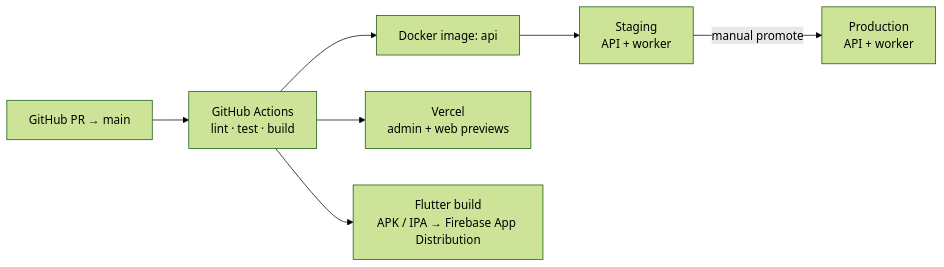
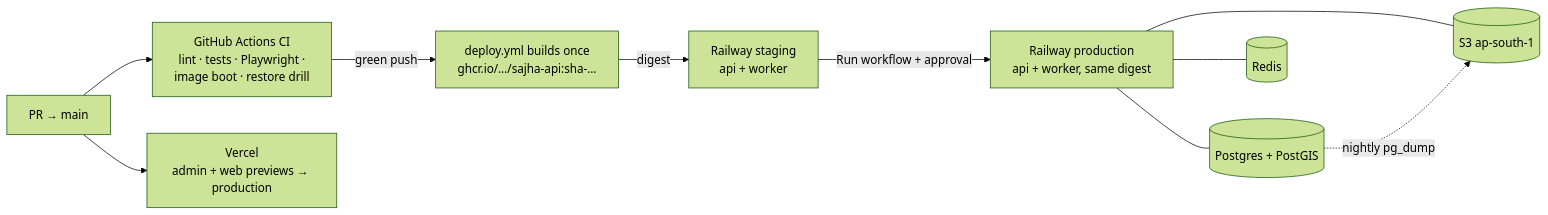
The seventh of 7 diagrams in docs/ARCHITECTURE.md (Jitesh60/nivra), drawn with Mermaid (forest theme) before and after one commit. The commit also changed other lines of this file and 35 other files, not shown here.

````diff
--- a/docs/ARCHITECTURE.md
+++ b/docs/ARCHITECTURE.md
@@ -717,9 +720,12 @@
 ```mermaid
 flowchart LR
-  GH[GitHub PR → main] --> CI[GitHub Actions<br/>lint · test · build]
-  CI --> IMG[Docker image: api]
-  IMG --> STG[Staging<br/>API + worker]
-  STG -->|manual promote| PRD[Production<br/>API + worker]
-  CI --> VC[Vercel<br/>admin + web previews]
-  CI --> FL[Flutter build<br/>APK / IPA → Firebase App Distribution]
+  PR[PR → main] --> CI[GitHub Actions CI<br/>lint · tests · Playwright ·<br/>image boot · restore drill]
+  CI -->|green push| IMG[deploy.yml builds once<br/>ghcr.io/…/sajha-api:sha-…]
+  IMG -->|digest| STG[Railway staging<br/>api + worker]
+  STG -->|Run workflow + approval| PRD[Railway production<br/>api + worker, same digest]
+  PRD --- PG[(Postgres + PostGIS)]
+  PRD --- RD[(Redis)]
+  PRD --- S3[(S3 ap-south-1)]
+  PG -.nightly pg_dump.-> S3
+  PR --> VC[Vercel<br/>admin + web previews → production]
 ```
````
